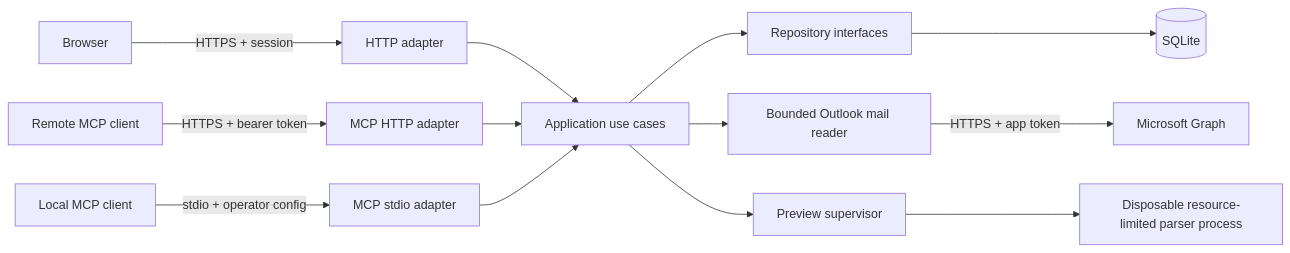
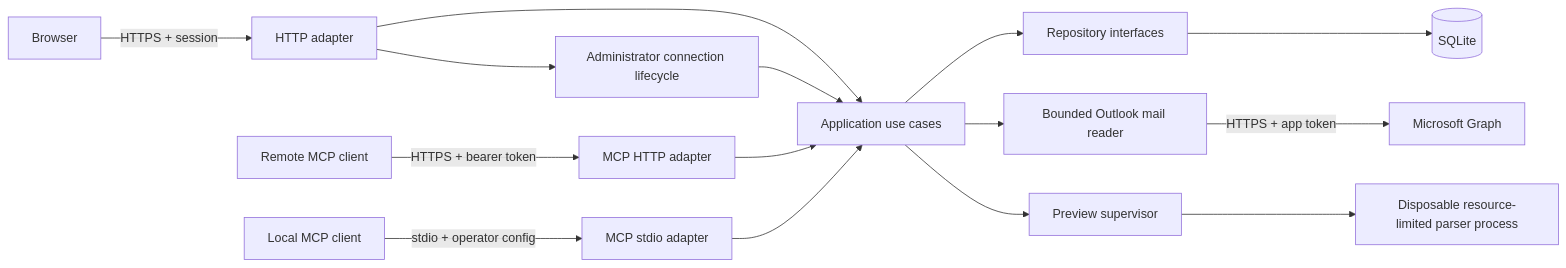
One commit to romprod/application-tracker changed the diagram in docs/architecture.md. Above: the diagram before and after it, drawn with Mermaid. The commit also changed other lines of this file and 64 other files, not shown here.

Commit message:
Add web-managed Microsoft Graph connections (#80)

````diff
--- a/docs/architecture.md
+++ b/docs/architecture.md
@@ -35,15 +35,17 @@
 ```mermaid
 flowchart LR
   Browser["Browser"] -->|"HTTPS + session"| HTTP["HTTP adapter"]
   RemoteMCP["Remote MCP client"] -->|"HTTPS + bearer token"| MCPHTTP["MCP HTTP adapter"]
   LocalMCP["Local MCP client"] -->|"stdio + operator config"| MCPStdio["MCP stdio adapter"]
   HTTP --> UseCases["Application use cases"]
   MCPHTTP --> UseCases
   MCPStdio --> UseCases
+  HTTP --> Connections["Administrator connection lifecycle"]
+  Connections --> UseCases
   UseCases --> Repositories["Repository interfaces"]
   Repositories --> SQLite[("SQLite")]
   UseCases --> GraphMail["Bounded Outlook mail reader"]
   GraphMail -->|"HTTPS + app token"| Graph["Microsoft Graph"]
   UseCases --> PreviewQueue["Preview supervisor"]
   PreviewQueue --> Worker["Disposable resource-limited parser process"]
 ```
````
